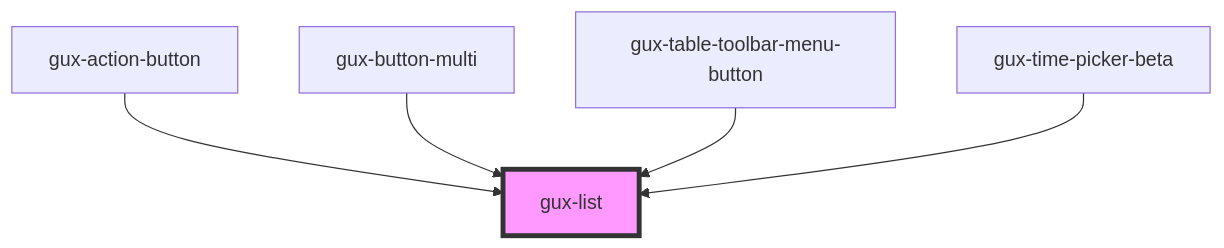
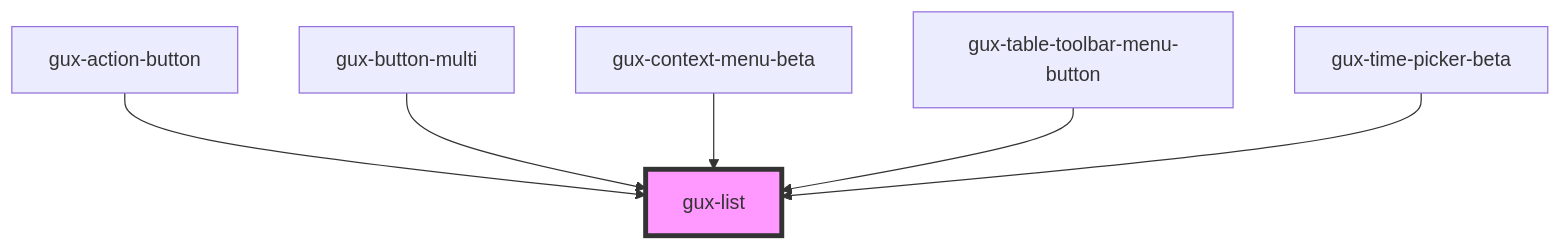
Before and after one commit to MyPureCloud/genesys-spark: the diagram in src/components/stable/gux-list/readme.md, drawn with Mermaid. The commit also changed other lines of this file and 14 other files, not shown here.

First line of the commit message:
feat(context-menu): add new webcomponent

````diff
--- a/src/components/stable/gux-list/readme.md
+++ b/src/components/stable/gux-list/readme.md
@@ -72,8 +83,9 @@
 ```mermaid
 graph TD;
   gux-action-button --> gux-list
   gux-button-multi --> gux-list
+  gux-context-menu-beta --> gux-list
   gux-table-toolbar-menu-button --> gux-list
   gux-time-picker-beta --> gux-list
   style gux-list fill:#f9f,stroke:#333,stroke-width:4px
 ```
````
